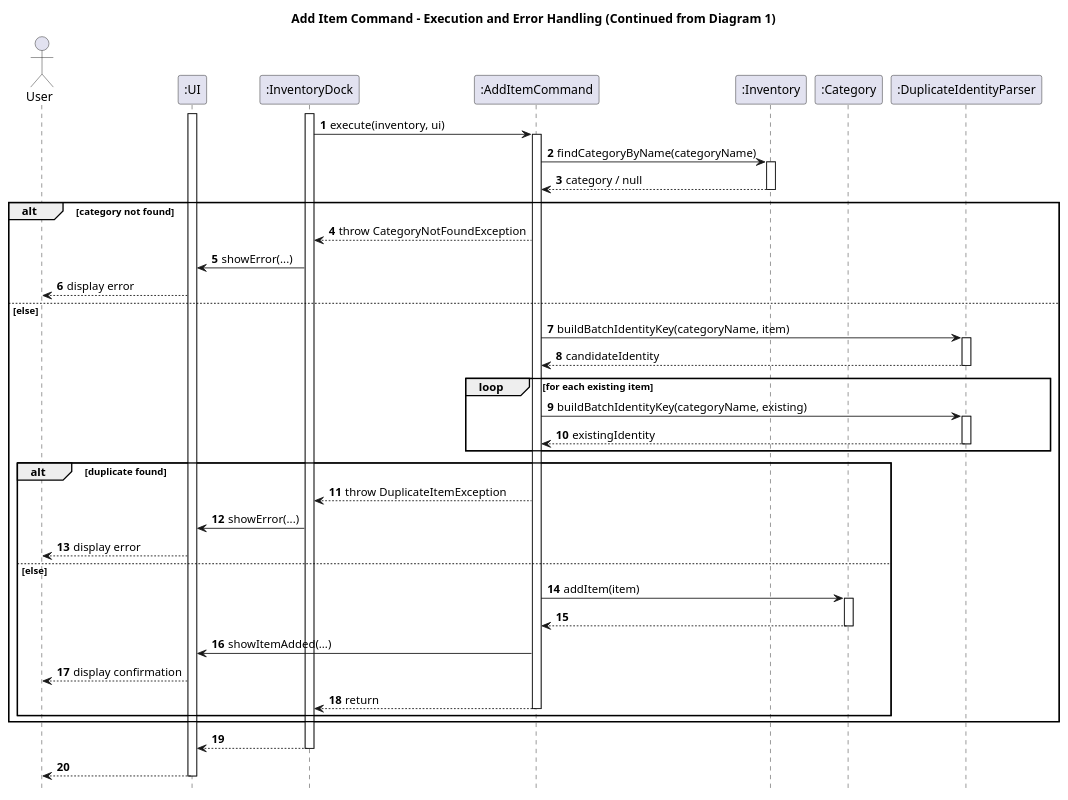
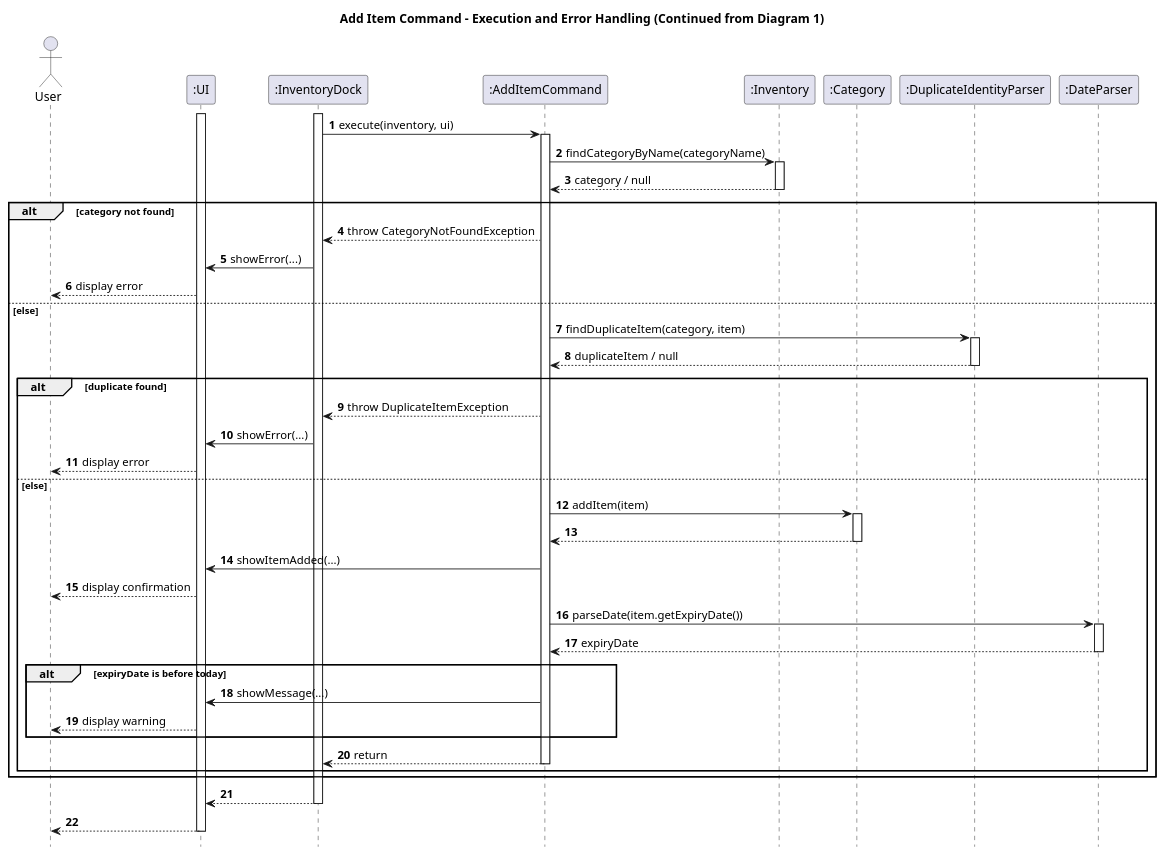
The diagram in docs/diagrams/sequence/AddItemCommandExecutionDisplayFlow.puml (KOIiiii07/tp), drawn with PlantUML before and after one commit. The commit also changed 12 other files, not shown here.

Commit message:
Fix diagrams for the refactor

```diff
--- a/docs/diagrams/sequence/AddItemCommandExecutionDisplayFlow.puml
+++ b/docs/diagrams/sequence/AddItemCommandExecutionDisplayFlow.puml
@@ -1,68 +1,72 @@
 @startuml
 title Add Item Command - Execution and Error Handling (Continued from Diagram 1)
 
 autonumber
 hide footbox
 
 actor User
 participant ":UI" as UI
 participant ":InventoryDock" as InventoryDock
 participant ":AddItemCommand" as AddItemCommand
 participant ":Inventory" as Inventory
 participant ":Category" as Category
 participant ":DuplicateIdentityParser" as DuplicateIdentityParser
+participant ":DateParser" as DateParser
 
 activate UI
 activate InventoryDock
 
 InventoryDock -> AddItemCommand: execute(inventory, ui)
 activate AddItemCommand
 
 AddItemCommand -> Inventory: findCategoryByName(categoryName)
 activate Inventory
 Inventory --> AddItemCommand: category / null
 deactivate Inventory
 
 alt category not found
     AddItemCommand --> InventoryDock: throw CategoryNotFoundException
 
     InventoryDock -> UI: showError(...)
     UI --> User: display error
 
 else else
-    AddItemCommand -> DuplicateIdentityParser: buildBatchIdentityKey(categoryName, item)
+    AddItemCommand -> DuplicateIdentityParser: findDuplicateItem(category, item)
     activate DuplicateIdentityParser
-    DuplicateIdentityParser --> AddItemCommand: candidateIdentity
+    DuplicateIdentityParser --> AddItemCommand: duplicateItem / null
     deactivate DuplicateIdentityParser
-
-    loop for each existing item
-        AddItemCommand -> DuplicateIdentityParser: buildBatchIdentityKey(categoryName, existing)
-        activate DuplicateIdentityParser
-        DuplicateIdentityParser --> AddItemCommand: existingIdentity
-        deactivate DuplicateIdentityParser
-    end
 
     alt duplicate found
         AddItemCommand --> InventoryDock: throw DuplicateItemException
 
         InventoryDock -> UI: showError(...)
         UI --> User: display error
 
     else else
         AddItemCommand -> Category: addItem(item)
         activate Category
         Category --> AddItemCommand
         deactivate Category
 
         AddItemCommand -> UI: showItemAdded(...)
         UI --> User: display confirmation
 
+        AddItemCommand -> DateParser: parseDate(item.getExpiryDate())
+        activate DateParser
+        DateParser --> AddItemCommand: expiryDate
+        deactivate DateParser
+
+        alt expiryDate is before today
+            AddItemCommand -> UI: showMessage(...)
+            UI --> User: display warning
+        end
+
         AddItemCommand --> InventoryDock --: return
     end
 end
 
 InventoryDock --> UI
 deactivate InventoryDock
 UI --> User
 deactivate UI
 @enduml
```
